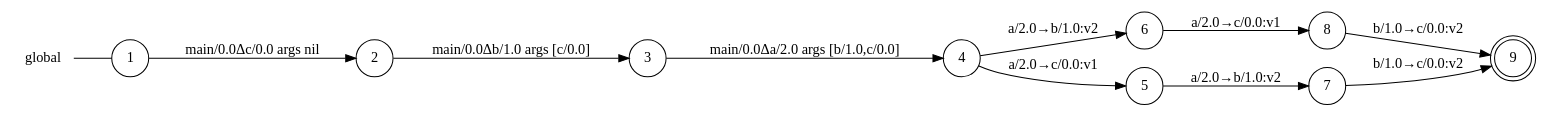
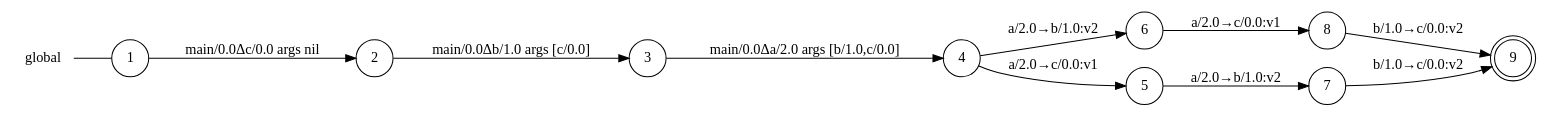
Before and after one commit to gabrielegenovese/chorer: the diagram in examples/trick/main_0_global_view.dot, drawn with Graphviz. The commit also changed other lines of this file and 161 other files, not shown here.

```diff
--- a/examples/trick/main_0_global_view.dot
+++ b/examples/trick/main_0_global_view.dot
@@ -1,24 +1,24 @@
 digraph global {
 	rankdir="LR";
 	n_0 [label="global", shape="plaintext"];
 	n_1 [id="9", shape=doublecircle, label="9"];
 	n_2 [id="8", shape=circle, label="8"];
 	n_3 [id="1", shape=circle, label="1"];
 	n_0 -> n_3 [arrowhead=none];
 	n_4 [id="7", shape=circle, label="7"];
 	n_5 [id="4", shape=circle, label="4"];
 	n_6 [id="6", shape=circle, label="6"];
 	n_7 [id="3", shape=circle, label="3"];
 	n_8 [id="2", shape=circle, label="2"];
 	n_9 [id="5", shape=circle, label="5"];
 
+	n_4 -> n_1 [id="[$e|7]", label="b/1.0→c/0.0:v2"];
 	n_2 -> n_1 [id="[$e|8]", label="b/1.0→c/0.0:v2"];
-	n_4 -> n_1 [id="[$e|7]", label="b/1.0→c/0.0:v2"];
-	n_5 -> n_6 [id="[$e|4]", label="a/2.0→b/1.0:v2"];
-	n_5 -> n_9 [id="[$e|3]", label="a/2.0→c/0.0:v1"];
-	n_8 -> n_7 [id="[$e|1]", label="main/0.0Δb/1.0 args [c/0.0]"];
 	n_9 -> n_4 [id="[$e|5]", label="a/2.0→b/1.0:v2"];
 	n_6 -> n_2 [id="[$e|6]", label="a/2.0→c/0.0:v1"];
 	n_3 -> n_8 [id="[$e|0]", label="main/0.0Δc/0.0 args nil"];
+	n_5 -> n_9 [id="[$e|3]", label="a/2.0→c/0.0:v1"];
 	n_7 -> n_5 [id="[$e|2]", label="main/0.0Δa/2.0 args [b/1.0,c/0.0]"];
+	n_8 -> n_7 [id="[$e|1]", label="main/0.0Δb/1.0 args [c/0.0]"];
+	n_5 -> n_6 [id="[$e|4]", label="a/2.0→b/1.0:v2"];
 }
```
